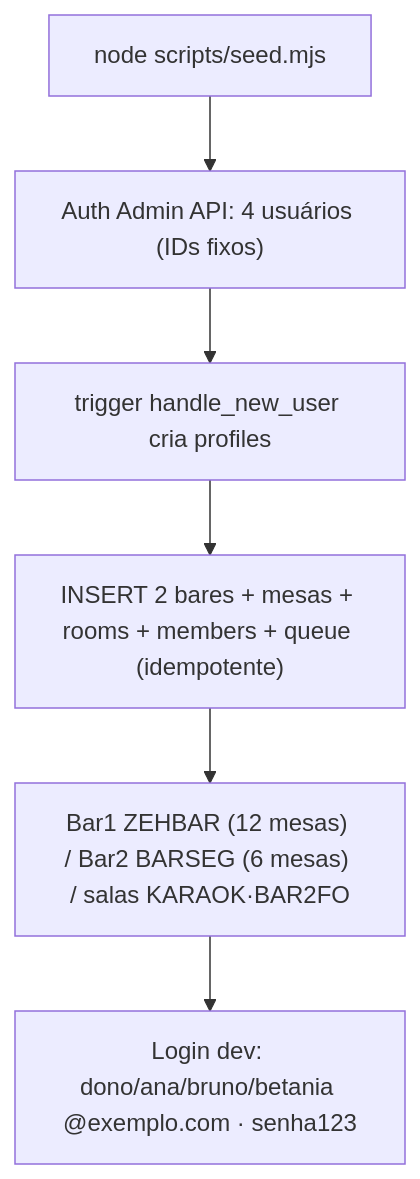
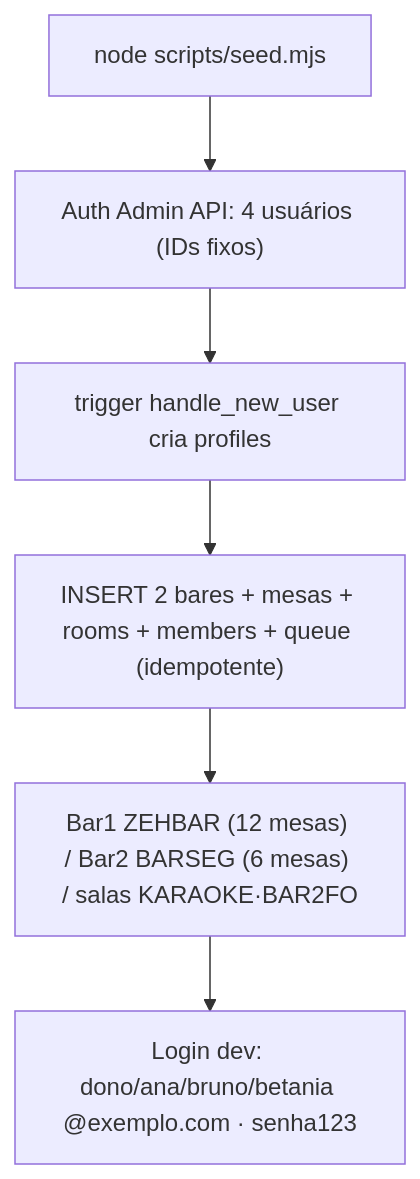
The fifth of 5 diagrams in docs/flows/banco-de-dados.md (cavalcanteprofissional/karaoke-flow), drawn with Mermaid before and after one commit. The commit also changed other lines of this file and 31 other files, not shown here.

````diff
--- a/docs/flows/banco-de-dados.md
+++ b/docs/flows/banco-de-dados.md
@@ -216,8 +221,8 @@
 ```mermaid
 flowchart TD
     A["node scripts/seed.mjs"] --> B["Auth Admin API: 4 usuários (IDs fixos)"]
     B --> C["trigger handle_new_user cria profiles"]
     C --> D["INSERT 2 bares + mesas + rooms + members + queue (idempotente)"]
-    D --> E["Bar1 ZEHBAR (12 mesas) / Bar2 BARSEG (6 mesas) / salas KARAOK·BAR2FO"]
+    D --> E["Bar1 ZEHBAR (12 mesas) / Bar2 BARSEG (6 mesas) / salas KARAOKE·BAR2FO"]
     E --> F["Login dev: dono/ana/bruno/betania @exemplo.com · senha123"]
 ```
````
